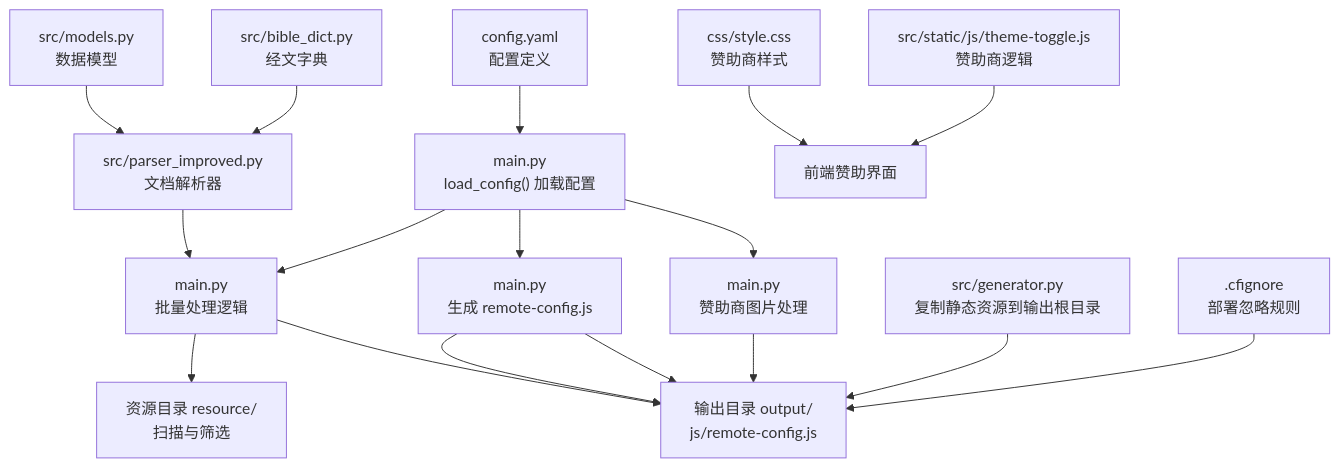
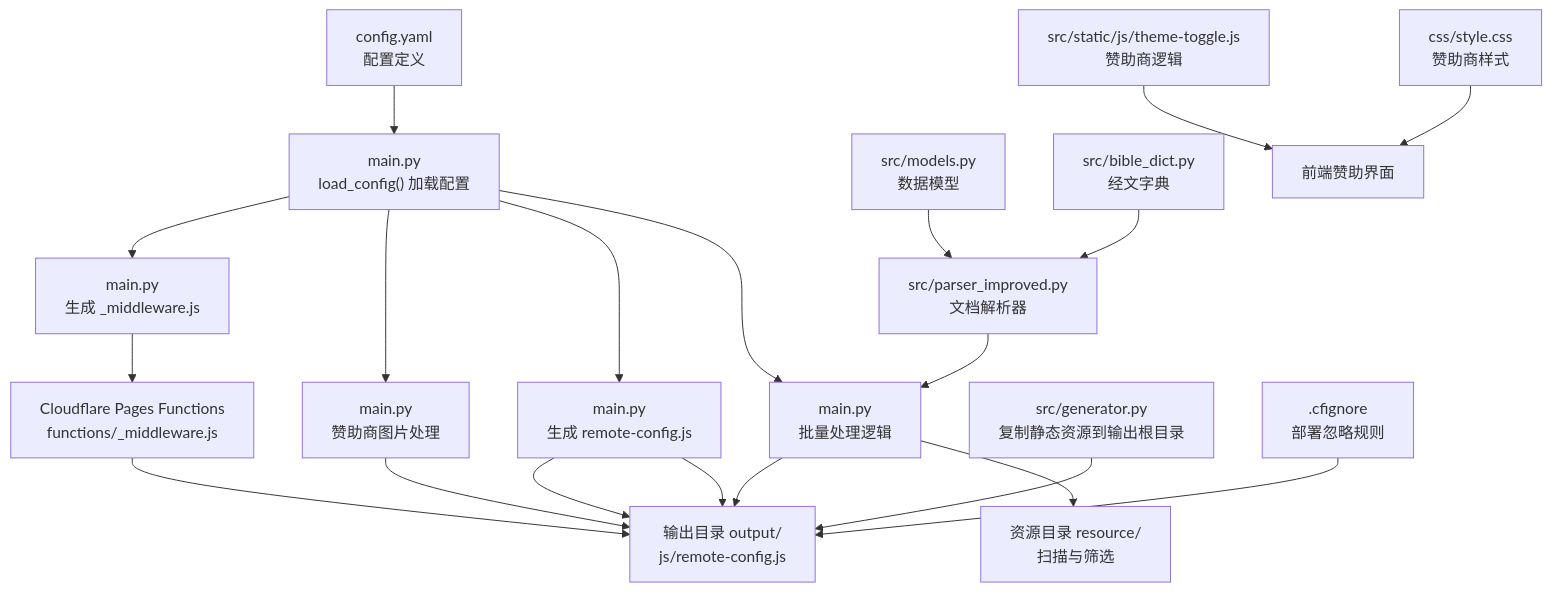
Before and after one commit to zhao-zg/cx: the first of 6 diagrams in .qoder/repowiki/zh/content/批量处理系统/配置管理.md, drawn with Mermaid. The commit also changed other lines of this file and 36 other files, not shown here.

````diff
--- a/.qoder/repowiki/zh/content/批量处理系统/配置管理.md
+++ b/.qoder/repowiki/zh/content/批量处理系统/配置管理.md
@@ -52,19 +55,22 @@
 ```mermaid
 graph TB
 cfg["config.yaml<br/>配置定义"] --> loader["main.py<br/>load_config() 加载配置"]
 loader --> bp["main.py<br/>批量处理逻辑"]
 loader --> gen["main.py<br/>生成 remote-config.js"]
 loader --> sponsor["main.py<br/>赞助商图片处理"]
+loader --> mw["main.py<br/>生成 _middleware.js"]
+mw --> cf["Cloudflare Pages Functions<br/>functions/_middleware.js"]
 gen --> out["输出目录 output/<br/>js/remote-config.js"]
 bp --> res["资源目录 resource/<br/>扫描与筛选"]
 bp --> out
+cf --> out
 gen --> out
 sponsor --> out
 static_gen["src/generator.py<br/>复制静态资源到输出根目录"] --> out
 deploy[".cfignore<br/>部署忽略规则"] --> out
 parser["src/parser_improved.py<br/>文档解析器"] --> bp
 models["src/models.py<br/>数据模型"] --> parser
 bible["src/bible_dict.py<br/>经文字典"] --> parser
 sponsor_css["css/style.css<br/>赞助商样式"] --> sponsor_ui["前端赞助界面"]
 sponsor_js["src/static/js/theme-toggle.js<br/>赞助商逻辑"] --> sponsor_ui
 ```
````
